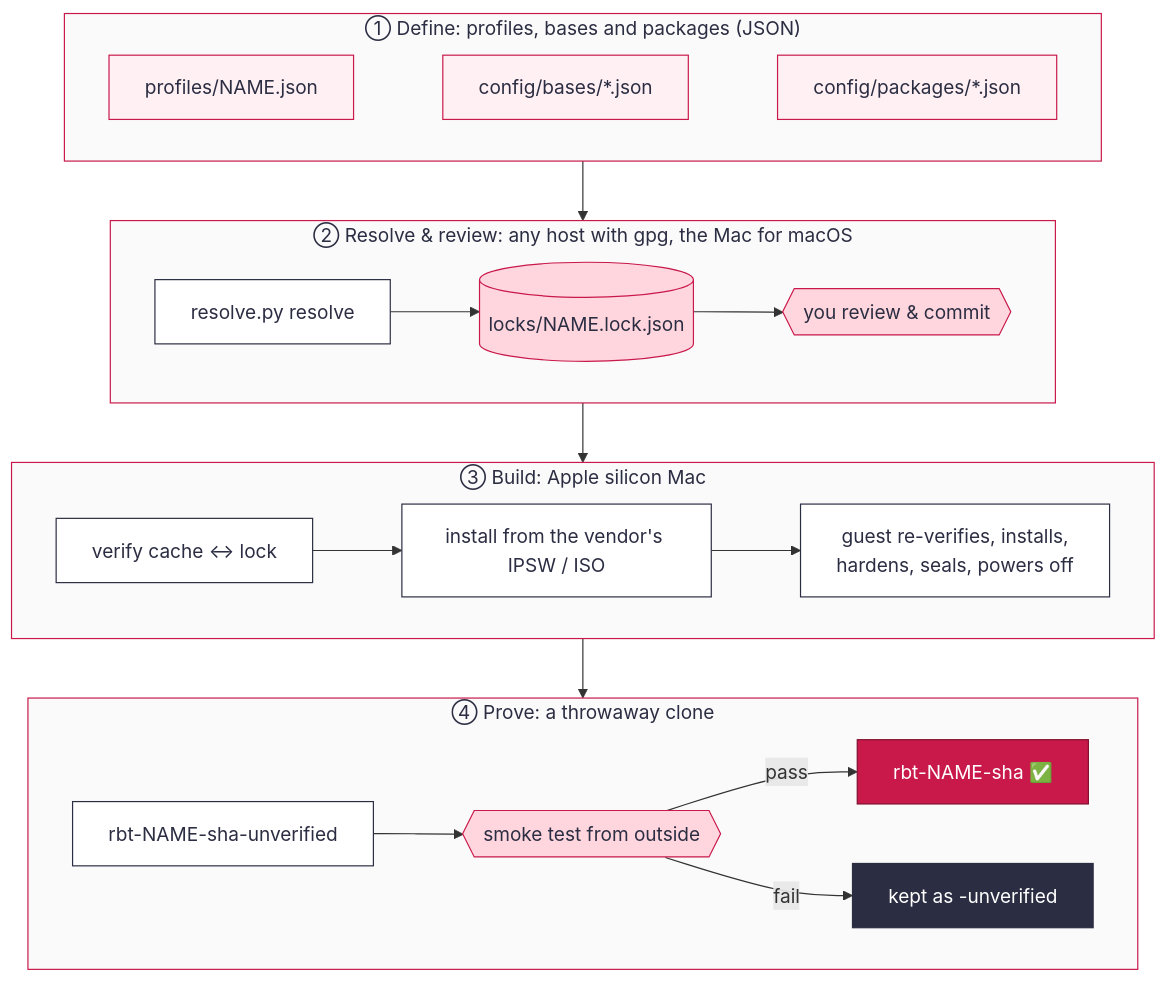
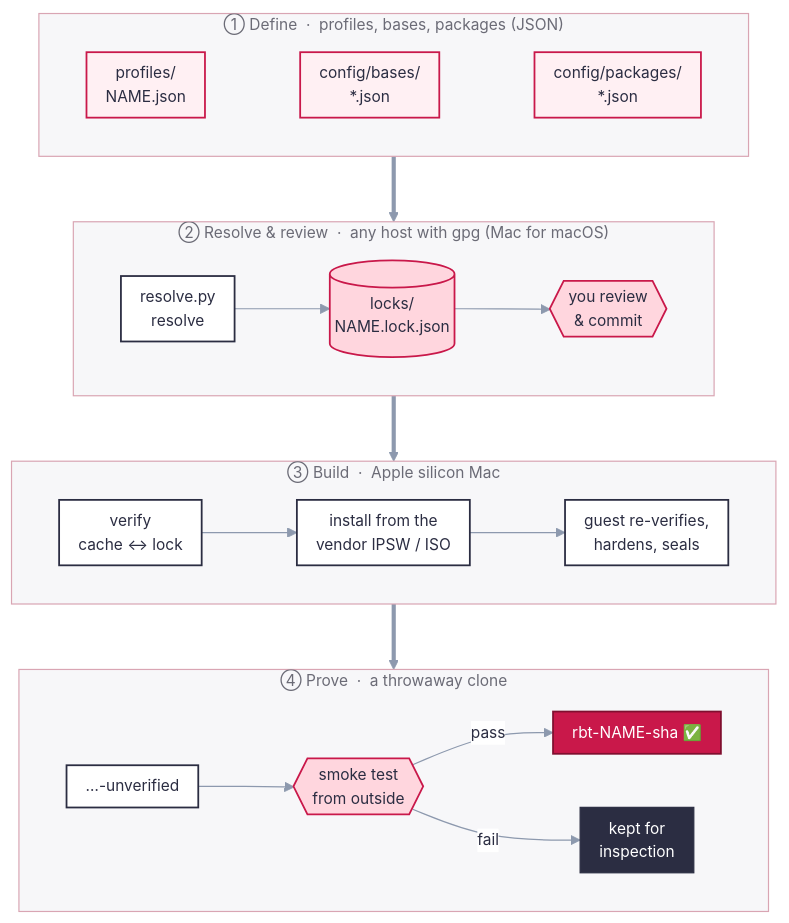
Before and after one commit to errantpacket/RhubarbTart: the second of 5 diagrams in README.md, drawn with Mermaid. The commit also changed other lines of this file and 16 other files, not shown here.

````diff
--- a/README.md
+++ b/README.md
@@ -104,37 +112,38 @@
 ```mermaid
+%%{init: {'theme':'base','fontFamily':'ui-sans-serif, system-ui, -apple-system, Helvetica, Arial, sans-serif','themeVariables':{'primaryColor':'#ffffff','primaryTextColor':'#2b2d42','primaryBorderColor':'#c9184a','lineColor':'#8d99ae','edgeLabelBackground':'#ffffff','fontSize':'13px'},'flowchart':{'curve':'basis','nodeSpacing':45,'rankSpacing':55,'padding':8,'useMaxWidth':true}}}%%
 flowchart TB
-    subgraph D["① Define: profiles, bases and packages (JSON)"]
+    subgraph D["&nbsp;① Define &nbsp;·&nbsp; profiles, bases, packages (JSON)&nbsp;"]
         direction LR
-        PR["profiles/NAME.json"] ~~~ BA["config/bases/*.json"] ~~~ PK["config/packages/*.json"]
+        PR["profiles/<br/>NAME.json"] ~~~ BA["config/bases/<br/>*.json"] ~~~ PK["config/packages/<br/>*.json"]
     end
-    subgraph R["② Resolve & review: any host with gpg, the Mac for macOS"]
+    subgraph R["&nbsp;② Resolve &amp; review &nbsp;·&nbsp; any host with gpg (Mac for macOS)&nbsp;"]
         direction LR
-        RS["resolve.py resolve"] --> LK[("locks/NAME.lock.json")] --> RV{{"you review & commit"}}
+        RS["resolve.py<br/>resolve"] --> LK[("locks/<br/>NAME.lock.json")] --> RV{{"you review<br/>&amp; commit"}}
     end
-    subgraph B["③ Build: Apple silicon Mac"]
+    subgraph B["&nbsp;③ Build &nbsp;·&nbsp; Apple silicon Mac&nbsp;"]
         direction LR
-        VF["verify cache ↔ lock"] --> IN["install from the vendor's IPSW / ISO"] --> GU["guest re-verifies, installs,<br/>hardens, seals, powers off"]
+        VF["verify<br/>cache ↔ lock"] --> IN["install from the<br/>vendor IPSW / ISO"] --> GU["guest re-verifies,<br/>hardens, seals"]
     end
-    subgraph P["④ Prove: a throwaway clone"]
+    subgraph P["&nbsp;④ Prove &nbsp;·&nbsp; a throwaway clone&nbsp;"]
         direction LR
-        UV["rbt-NAME-sha-unverified"] --> ST{{"smoke test from outside"}}
-        ST -->|pass| OK["rbt-NAME-sha ✅"]
-        ST -->|fail| KEEP["kept as -unverified"]
+        UV["…-unverified"] --> ST{{"smoke test<br/>from outside"}}
+        ST -->|"pass"| OK["rbt-NAME-sha ✅"]
+        ST -->|"fail"| KEEP["kept for<br/>inspection"]
     end
-    D --> R --> B --> P
+    D ==> R ==> B ==> P
 
-    classDef cfg fill:#fff0f3,stroke:#c9184a,color:#2b2d42
-    classDef step fill:#ffffff,stroke:#2b2d42,color:#2b2d42
-    classDef gate fill:#ffd6de,stroke:#c9184a,color:#2b2d42
-    classDef good fill:#c9184a,stroke:#800f2f,color:#ffffff
+    classDef cfg fill:#fff0f3,stroke:#c9184a,stroke-width:1.5px,color:#2b2d42
+    classDef step fill:#ffffff,stroke:#2b2d42,stroke-width:1.5px,color:#2b2d42
+    classDef gate fill:#ffd6de,stroke:#c9184a,stroke-width:1.5px,color:#2b2d42
+    classDef good fill:#c9184a,stroke:#800f2f,stroke-width:1.5px,color:#ffffff
     classDef bad fill:#2b2d42,stroke:#2b2d42,color:#ffffff
     class PR,BA,PK cfg
     class RS,VF,IN,GU,UV step
     class LK,RV,ST gate
     class OK good
     class KEEP bad
-    style D fill:#fafafa,stroke:#c9184a,color:#2b2d42
-    style R fill:#fafafa,stroke:#c9184a,color:#2b2d42
-    style B fill:#fafafa,stroke:#c9184a,color:#2b2d42
-    style P fill:#fafafa,stroke:#c9184a,color:#2b2d42
+    style D fill:#f7f7f9,stroke:#d9a5b3,color:#6b6b76
+    style R fill:#f7f7f9,stroke:#d9a5b3,color:#6b6b76
+    style B fill:#f7f7f9,stroke:#d9a5b3,color:#6b6b76
+    style P fill:#f7f7f9,stroke:#d9a5b3,color:#6b6b76
 ```
````
